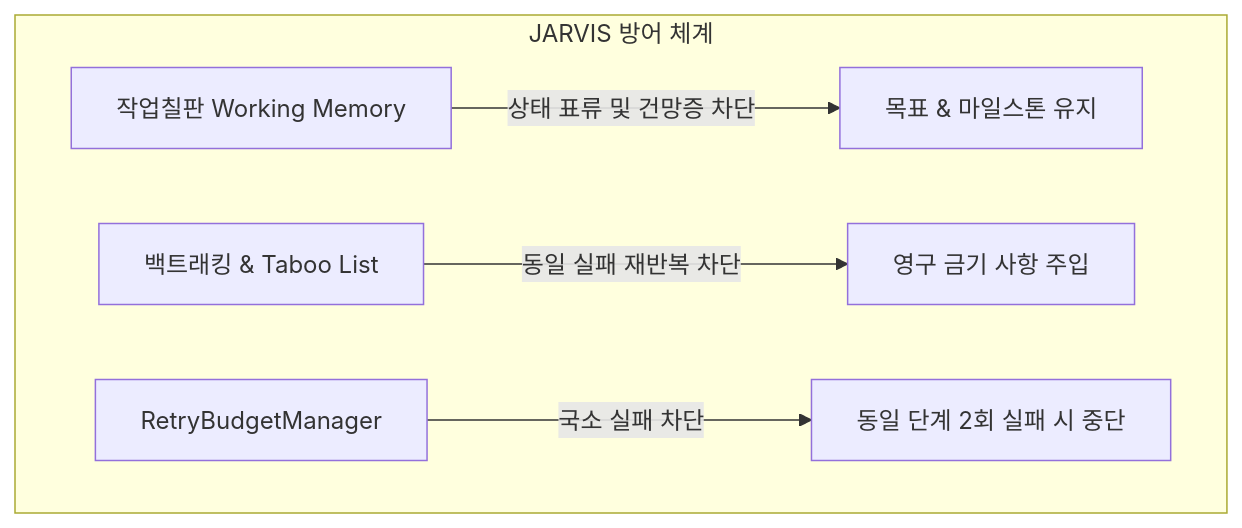
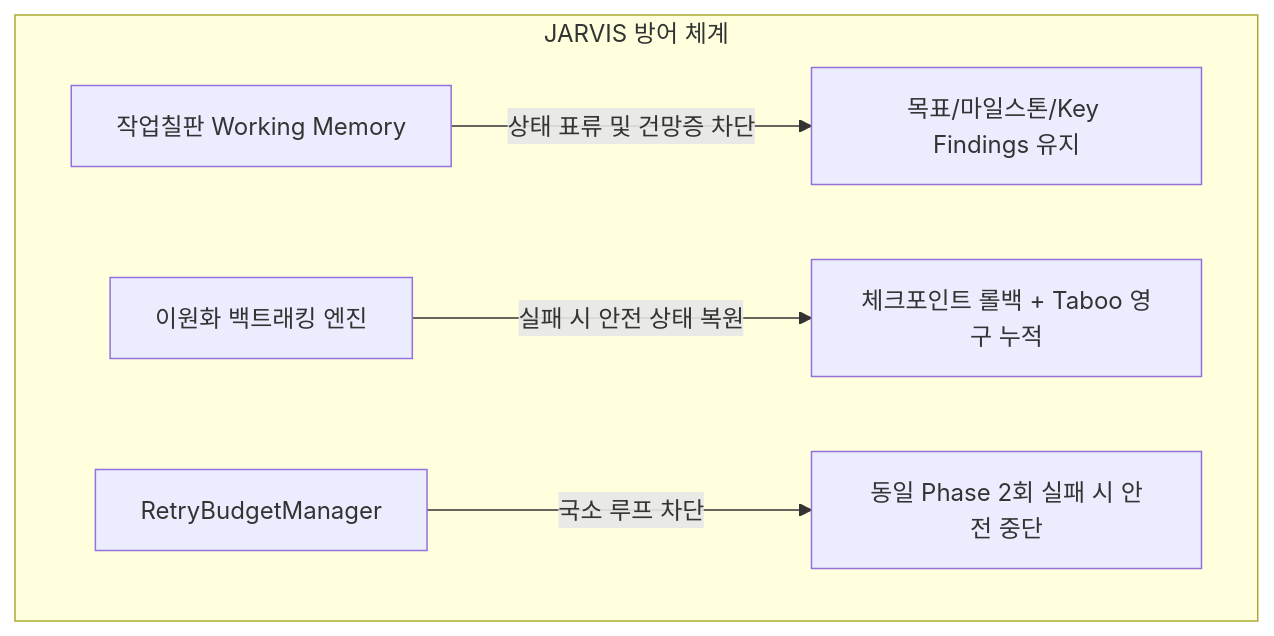
Before and after one commit to eooiea/JARVIS: the first of 4 diagrams in docs/AGENT_TURN_AND_TERMINATION_POLICY.md, drawn with Mermaid. The commit also changed other lines of this file and 1 other file, not shown here.

````diff
--- a/docs/AGENT_TURN_AND_TERMINATION_POLICY.md
+++ b/docs/AGENT_TURN_AND_TERMINATION_POLICY.md
@@ -31,8 +33,8 @@
 ```mermaid
 graph TD
     subgraph JARVIS 방어 체계
-        A[작업칠판 Working Memory] -->|상태 표류 및 건망증 차단| B[목표 & 마일스톤 유지]
-        C[백트래킹 & Taboo List] -->|동일 실패 재반복 차단| D[영구 금기 사항 주입]
-        E[RetryBudgetManager] -->|국소 실패 차단| F[동일 단계 2회 실패 시 중단]
+        A[작업칠판 Working Memory] -->|상태 표류 및 건망증 차단| B[목표/마일스톤/Key Findings 유지]
+        C[이원화 백트래킹 엔진] -->|실패 시 안전 상태 복원| D[체크포인트 롤백 + Taboo 영구 누적]
+        E[RetryBudgetManager] -->|국소 루프 차단| F[동일 Phase 2회 실패 시 안전 중단]
     end
 ```
````
